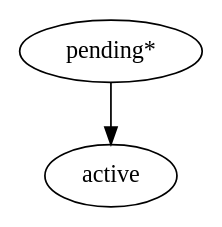
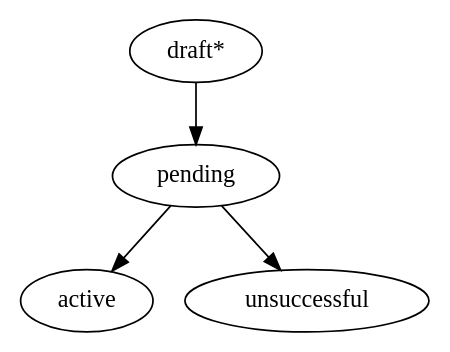
Before and after one commit to ProzorroUKR/prozorro-docs: the diagram in docs/source/standard/cancellation.rst, drawn with Graphviz. The commit also changed other lines of this file and 3 other files, not shown here.

```diff
--- a/docs/source/standard/cancellation.rst
+++ b/docs/source/standard/cancellation.rst
@@ -74,7 +85,12 @@
 .. graphviz::
 
     digraph G {
-        A [ label="pending*" ]
-        B [ label="active"]
-         A -> B;
+        A [ label="draft*" ]
+        B [ label="pending" ]
+        C [ label="active"]
+        D [ label="unsuccessful" ]
+        
+        A -> B;
+        B -> C;
+        B -> D;
     }
```
